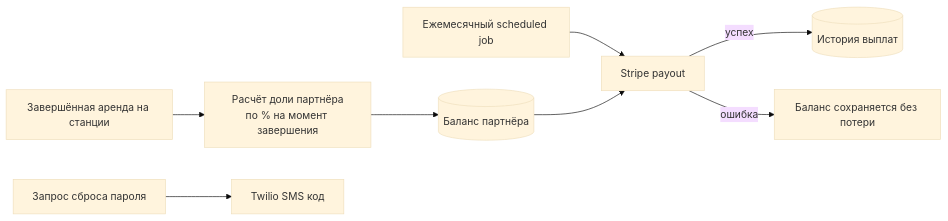
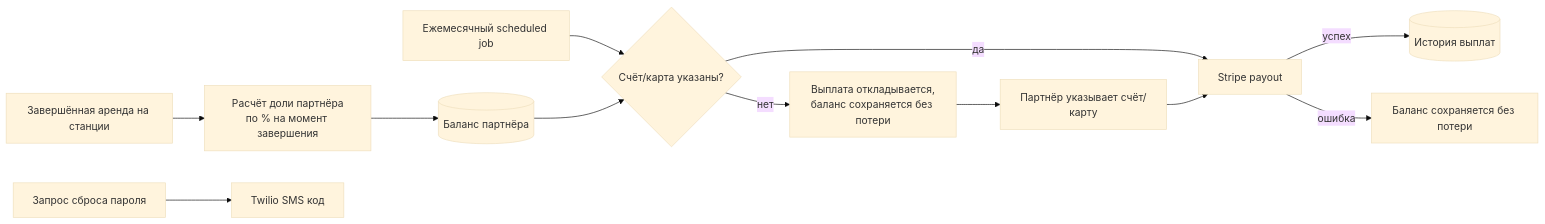
The second of 2 diagrams in gozap-documentation/sa/docs/partners/partner-program/diagrams/overview.md (yatsin11-gif/example), drawn with Mermaid (base theme) before and after one commit. The commit also changed 6 other files, not shown here.

First line of the commit message:
docs(partner-program): confirm deferred payout behavior when card is missing

````diff
--- a/gozap-documentation/sa/docs/partners/partner-program/diagrams/overview.md
+++ b/gozap-documentation/sa/docs/partners/partner-program/diagrams/overview.md
@@ -24,10 +24,13 @@
 ```mermaid
 flowchart LR
     RENT[Завершённая аренда на станции] --> CALC[Расчёт доли партнёра<br/>по % на момент завершения]
     CALC --> BAL[(Баланс партнёра)]
-    SCHED[Ежемесячный scheduled job] --> PAY[Stripe payout]
-    BAL --> PAY
+    SCHED[Ежемесячный scheduled job] --> CARD{Счёт/карта указаны?}
+    BAL --> CARD
+    CARD -->|да| PAY[Stripe payout]
+    CARD -->|нет| WAIT[Выплата откладывается,<br/>баланс сохраняется без потери]
+    WAIT --> ADDCARD[Партнёр указывает счёт/карту] --> PAY
     PAY -->|успех| HIST[(История выплат)]
     PAY -->|ошибка| KEEP[Баланс сохраняется без потери]
     RESET[Запрос сброса пароля] --> TWILIO[Twilio SMS код]
 ```
````
